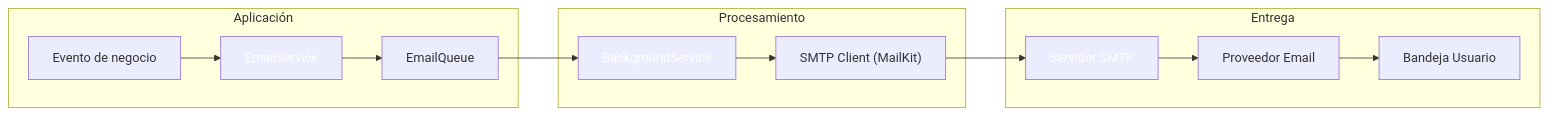
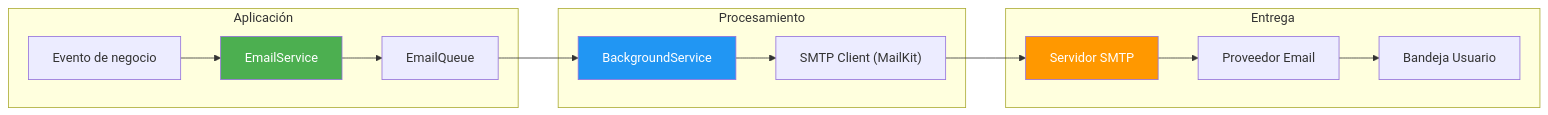
Before and after one commit to joseluisgs/DesarrolloWebEntornosServidor-02-2026-2027: the diagram in 21-email-services.md, drawn with Mermaid. The commit also changed other lines of this file and 29 other files, not shown here.

Commit message:
docs: corregir estilos Mermaid y estilo, quitar referencias a la Tienda y reestructurar los retos 13 y 15

````diff
--- a/21-email-services.md
+++ b/21-email-services.md
@@ -51,31 +51,31 @@
 ```mermaid
 flowchart LR
     subgraph "Aplicación"
         A1["Evento de negocio"]
         A2["EmailService"]
         A3["EmailQueue"]
     end
 
     subgraph "Procesamiento"
         B1["BackgroundService"]
         B2["SMTP Client (MailKit)"]
     end
 
     subgraph "Entrega"
         C1["Servidor SMTP"]
         C2["Proveedor Email"]
         C3["Bandeja Usuario"]
     end
 
     A1 --> A2
     A2 --> A3
     A3 --> B1
     B1 --> B2
     B2 --> C1
     C1 --> C2
     C2 --> C3
 
-    style A2 fill:#4CAF5,color:#fff0,color:#fff
-    style B1 fill:#2196F,color:#fff3,color:#fff
-    style C1 fill:#FF980,color:#fff0,color:#fff
+    style A2 fill:#4CAF50,color:#fff
+    style B1 fill:#2196F3,color:#fff
+    style C1 fill:#FF9800,color:#fff
 ```
````
